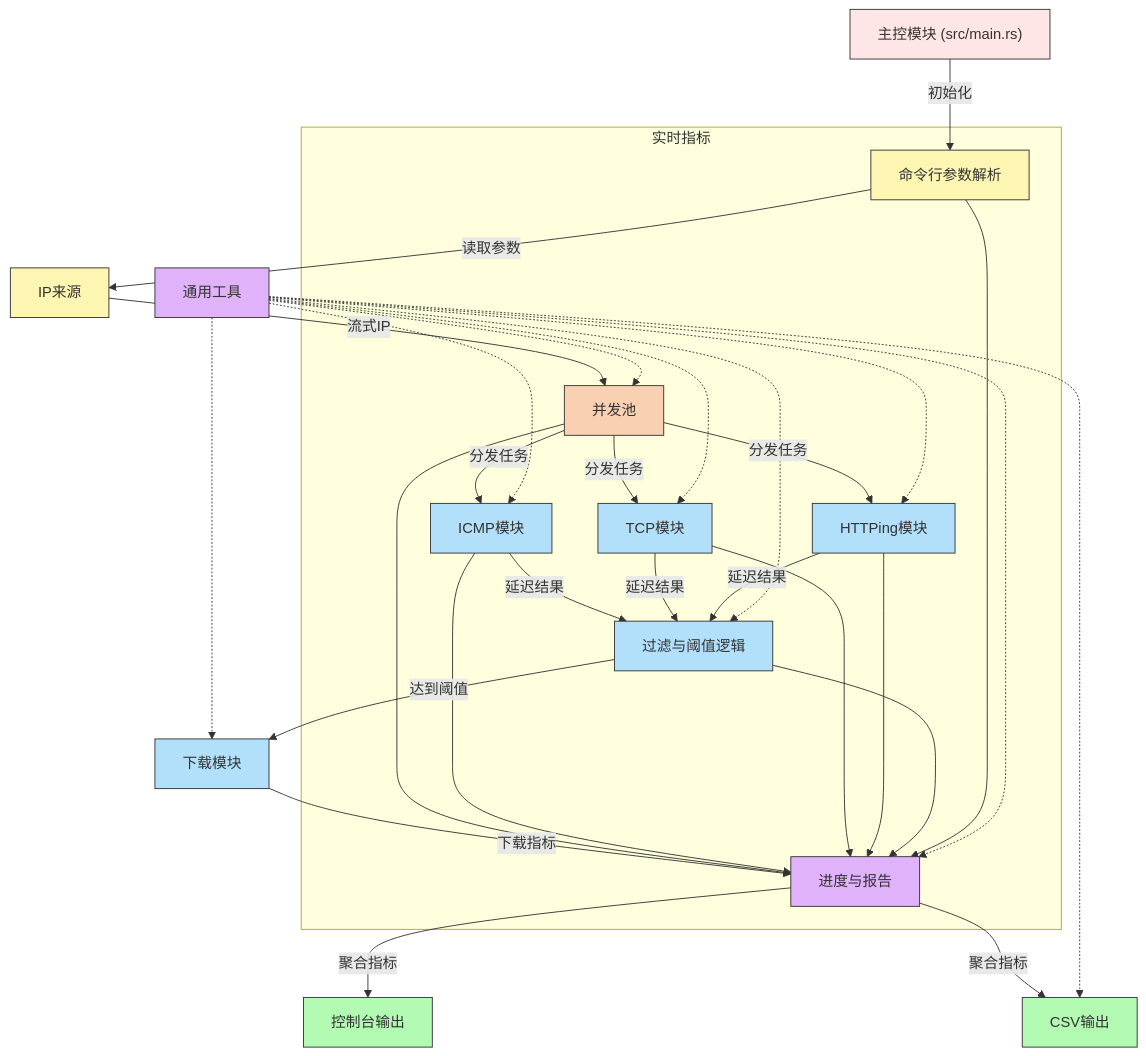
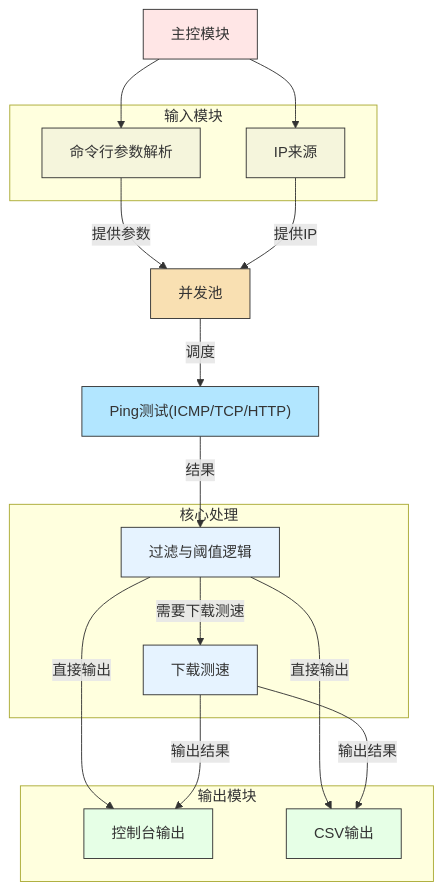
The diagram in README.md (GuangYu-yu/CloudflareST-Rust), drawn with Mermaid before and after one commit.

````diff
--- a/README.md
+++ b/README.md
@@ -11,68 +11,59 @@
 ```mermaid
-flowchart TD
-    Main["主控模块 (src/main.rs)"]:::orchestration
-    CLI["命令行参数解析"]:::input
-    IP["IP来源"]:::input
-    Pool["并发池"]:::infra
-    ICMP["ICMP模块"]:::processing
-    TCP["TCP模块"]:::processing
-    HTTP["HTTPing模块"]:::processing
-    Filter["过滤与阈值逻辑"]:::processing
-    Download["下载模块"]:::processing
-    Progress["进度与报告"]:::util
-    Common["通用工具"]:::util
-    Console["控制台输出"]:::output
-    CSV["CSV输出"]:::output
+flowchart TB
+    %% 样式定义
+    classDef input fill:#f5f5dc,stroke:#333,stroke-width:1px;
+    classDef processing fill:#e6f3ff,stroke:#333,stroke-width:1px;
+    classDef infra fill:#f9e0b2,stroke:#333,stroke-width:1px;
+    classDef output fill:#e6ffe6,stroke:#333,stroke-width:1px;
+    classDef orchestration fill:#ffe6e6,stroke:#333,stroke-width:1px;
+    classDef ping fill:#b2e6ff,stroke:#333,stroke-width:1px;
 
-    Main -->|初始化| CLI
-    CLI -->|读取参数| IP
-    IP -->|流式IP| Pool
-    Pool -->|分发任务| ICMP
-    Pool -->|分发任务| TCP
-    Pool -->|分发任务| HTTP
-    ICMP -->|延迟结果| Filter
-    TCP -->|延迟结果| Filter
-    HTTP -->|延迟结果| Filter
-    Filter -->|达到阈值| Download
-    Download -->|下载指标| Progress
+    %% 主控模块
+    Main["主控模块"]:::orchestration
 
-    subgraph "实时指标"
-        Pool --> Progress
-        ICMP --> Progress
-        TCP --> Progress
-        HTTP --> Progress
-        Filter --> Progress
-        CLI --> Progress
+    %% 输入模块
+    subgraph 输入模块["输入模块"]
+        CLI["命令行参数解析"]:::input
+        IP["IP来源"]:::input
     end
 
-    Progress -->|聚合指标| Console
-    Progress -->|聚合指标| CSV
+    %% 并发池
+    Pool["并发池"]:::infra
 
-    Common -.-> Pool
-    Common -.-> ICMP
-    Common -.-> TCP
-    Common -.-> HTTP
-    Common -.-> Filter
-    Common -.-> Download
-    Common -.-> CSV
-    Common -.-> Progress
+    %% Ping测试
+    Ping["Ping测试(ICMP/TCP/HTTP)"]:::ping
 
+    %% 核心处理
+    subgraph 核心处理["核心处理"]
+        Filter["过滤与阈值逻辑"]:::processing
+        Download["下载测速"]:::processing
+    end
+
+    %% 输出模块
+    subgraph 输出模块["输出模块"]
+        Console["控制台输出"]:::output
+        CSV["CSV输出"]:::output
+    end
+
+    %% 连线优化
+    Main --> CLI
+    Main --> IP
+    CLI -->|提供参数| Pool
+    IP -->|提供IP| Pool
+    Pool -->|调度| Ping
+    Ping -->|结果| Filter
+    Filter -->|需要下载测速| Download
+    Filter -->|直接输出| Console
+    Filter -->|直接输出| CSV
+    Download -->|输出结果| Console
+    Download -->|输出结果| CSV
+
+    %% 超链接
     click Main "https://github.com/guangyu-yu/cloudflarest-rust/blob/main/src/main.rs"
     click CLI "https://github.com/guangyu-yu/cloudflarest-rust/blob/main/src/args.rs"
     click IP "https://github.com/guangyu-yu/cloudflarest-rust/blob/main/src/ip.rs"
     click Pool "https://github.com/guangyu-yu/cloudflarest-rust/blob/main/src/pool.rs"
-    click ICMP "https://github.com/guangyu-yu/cloudflarest-rust/blob/main/src/icmp.rs"
-    click TCP "https://github.com/guangyu-yu/cloudflarest-rust/blob/main/src/tcping.rs"
-    click HTTP "https://github.com/guangyu-yu/cloudflarest-rust/blob/main/src/httping.rs"
+    click Ping "https://github.com/guangyu-yu/cloudflarest-rust/blob/main/src/" _parent
     click Download "https://github.com/guangyu-yu/cloudflarest-rust/blob/main/src/download.rs"
     click CSV "https://github.com/guangyu-yu/cloudflarest-rust/blob/main/src/csv.rs"
-    click Common "https://github.com/guangyu-yu/cloudflarest-rust/blob/main/src/common.rs"
-    click Progress "https://github.com/guangyu-yu/cloudflarest-rust/blob/main/src/progress.rs"
-
-    classDef input fill:#fdf6b2,stroke:#333,stroke-width:1px
-    classDef processing fill:#b2dff9,stroke:#333,stroke-width:1px
-    classDef infra fill:#f9d0b2,stroke:#333,stroke-width:1px
-    classDef output fill:#b2f9b2,stroke:#333,stroke-width:1px
-    classDef util fill:#e0b2f9,stroke:#333,stroke-width:1px
-    classDef orchestration fill:#ffe6e6,stroke:#333,stroke-width:1px
 ```
````
